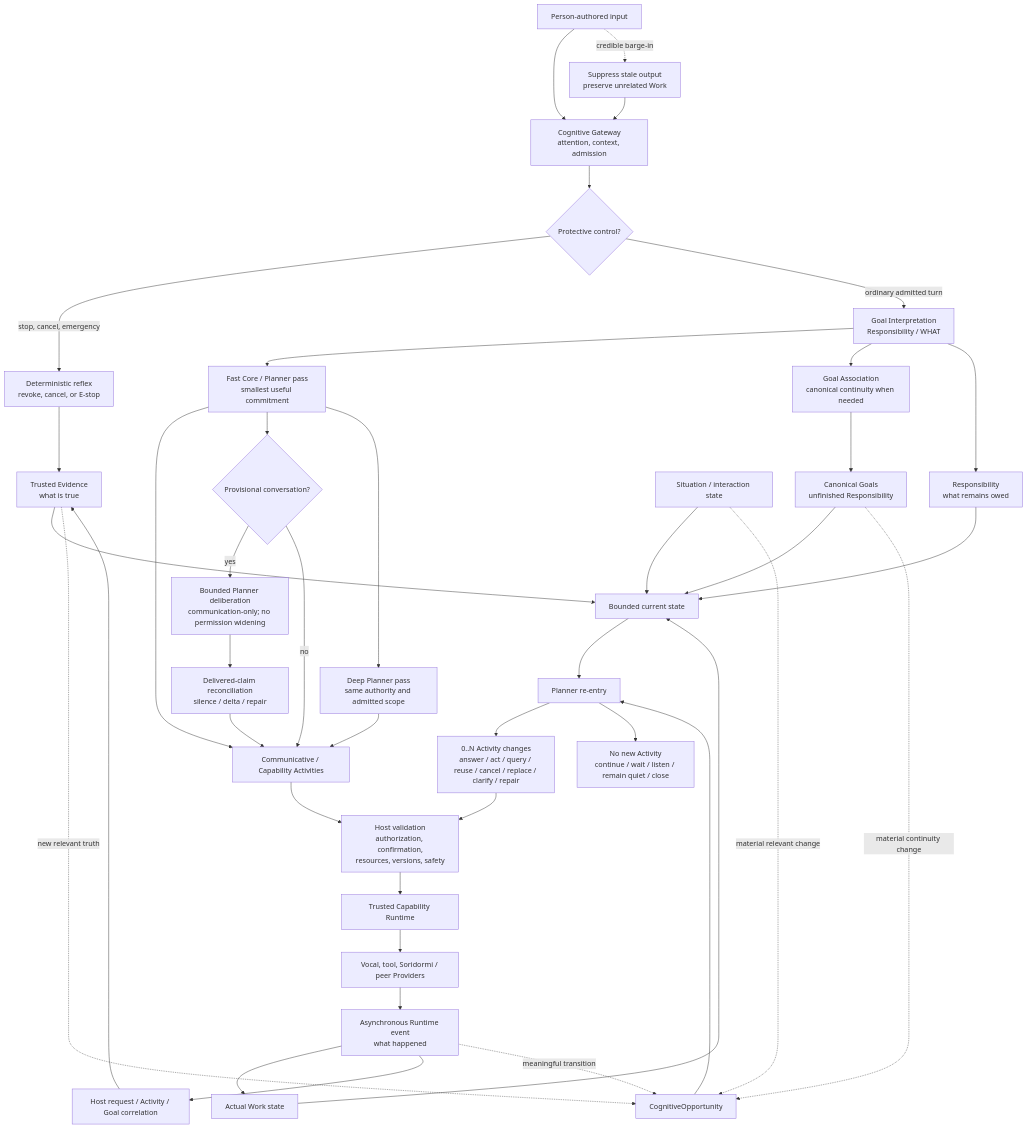
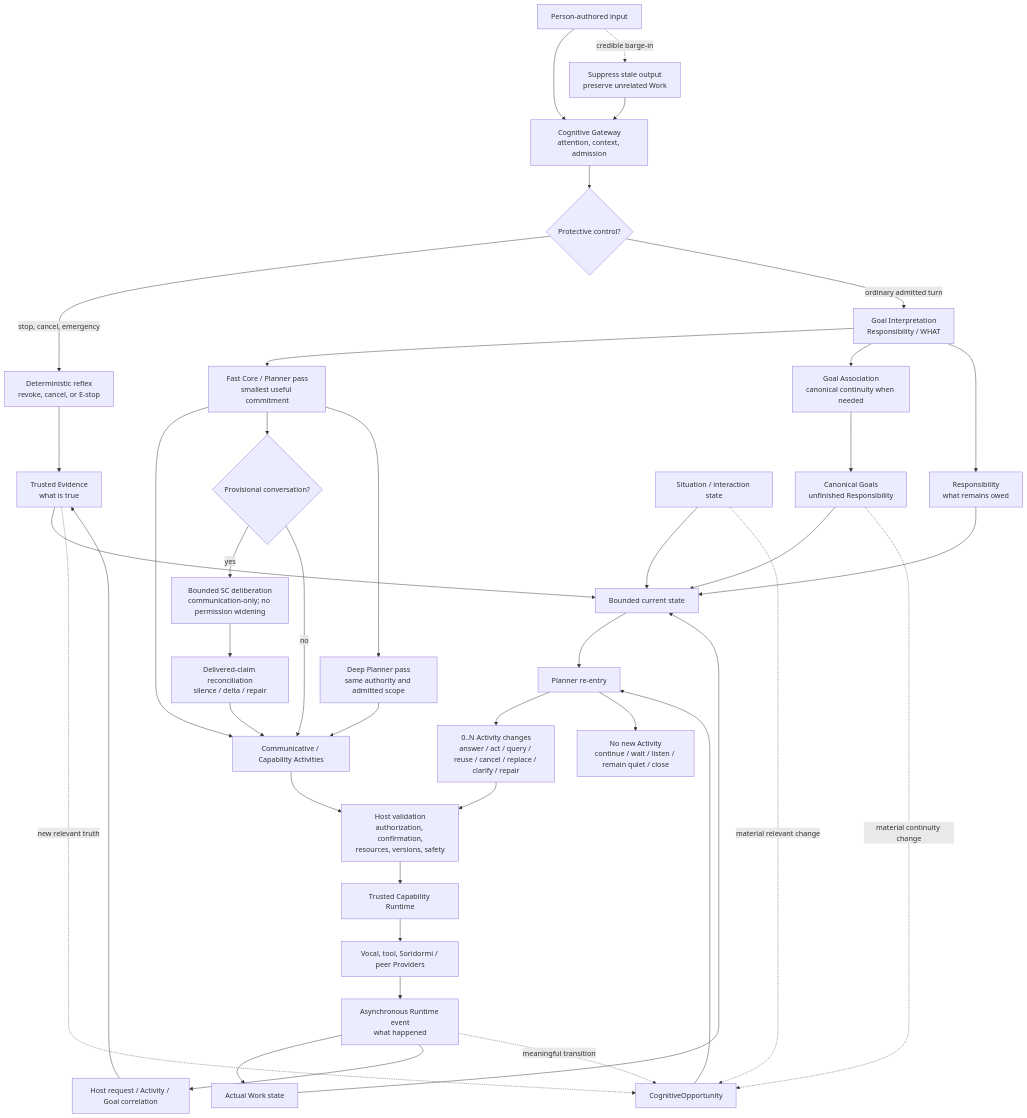
One commit to TimeTreker/chromie changed the diagram in docs/GOAL_DRIVEN_COGNITIVE_ARCHITECTURE.md. Above: the diagram before and after it, drawn with Mermaid. The commit also changed other lines of this file and 435 other files, not shown here.

````diff
--- a/docs/GOAL_DRIVEN_COGNITIVE_ARCHITECTURE.md
+++ b/docs/GOAL_DRIVEN_COGNITIVE_ARCHITECTURE.md
@@ -1716,50 +1715,50 @@
 ```mermaid
 flowchart TD
     USER["Person-authored input"] --> GATEWAY["Cognitive Gateway<br/>attention, context, admission"]
     GATEWAY --> CONTROL{"Protective control?"}
     CONTROL -->|"stop, cancel, emergency"| REFLEX["Deterministic reflex<br/>revoke, cancel, or E-stop"]
     CONTROL -->|"ordinary admitted turn"| GI["Goal Interpretation<br/>Responsibility / WHAT"]
 
     GI --> PLAN["Fast Core / Planner pass<br/>smallest useful commitment"]
     GI --> GA["Goal Association<br/>canonical continuity when needed"]
     PLAN --> WORK["Communicative / Capability Activities"]
     PLAN --> PROV{"Provisional conversation?"}
-    PROV -->|"yes"| DELIB["Bounded Planner deliberation<br/>communication-only; no permission widening"]
+    PROV -->|"yes"| DELIB["Bounded SC deliberation<br/>communication-only; no permission widening"]
     PROV -->|"no"| WORK
     PLAN --> DEEP["Deep Planner pass<br/>same authority and admitted scope"]
     DELIB --> RECON["Delivered-claim reconciliation<br/>silence / delta / repair"]
     DEEP --> WORK
     RECON --> WORK
     GA --> GOALS["Canonical Goals<br/>unfinished Responsibility"]
 
     WORK --> HOST["Host validation<br/>authorization, confirmation,<br/>resources, versions, safety"]
     HOST --> RUNTIME["Trusted Capability Runtime"]
     RUNTIME --> PROVIDER["Vocal, tool, Soridormi / peer Providers"]
     PROVIDER --> EVENT["Asynchronous Runtime event<br/>what happened"]
 
     EVENT --> WORKSTATE["Actual Work state"]
     EVENT --> CORRELATE["Host request / Activity / Goal correlation"]
     CORRELATE --> EVIDENCE["Trusted Evidence<br/>what is true"]
     REFLEX --> EVIDENCE
 
     GI --> RESP["Responsibility<br/>what remains owed"]
     RESP --> STATE["Bounded current state"]
     GOALS --> STATE
     WORKSTATE --> STATE
     EVIDENCE --> STATE
     SITUATION["Situation / interaction state"] --> STATE
 
     EVENT -. "meaningful transition" .-> OPP["CognitiveOpportunity"]
     EVIDENCE -. "new relevant truth" .-> OPP
     GOALS -. "material continuity change" .-> OPP
     SITUATION -. "material relevant change" .-> OPP
     OPP --> REENTRY["Planner re-entry"]
     STATE --> REENTRY
 
     REENTRY --> DELTA["0..N Activity changes<br/>answer / act / query / reuse / cancel / replace / clarify / repair"]
     REENTRY --> QUIET["No new Activity<br/>continue / wait / listen / remain quiet / close"]
     DELTA --> HOST
 
     USER -. "credible barge-in" .-> YIELD["Suppress stale output<br/>preserve unrelated Work"]
     YIELD --> GATEWAY
 ```
````
